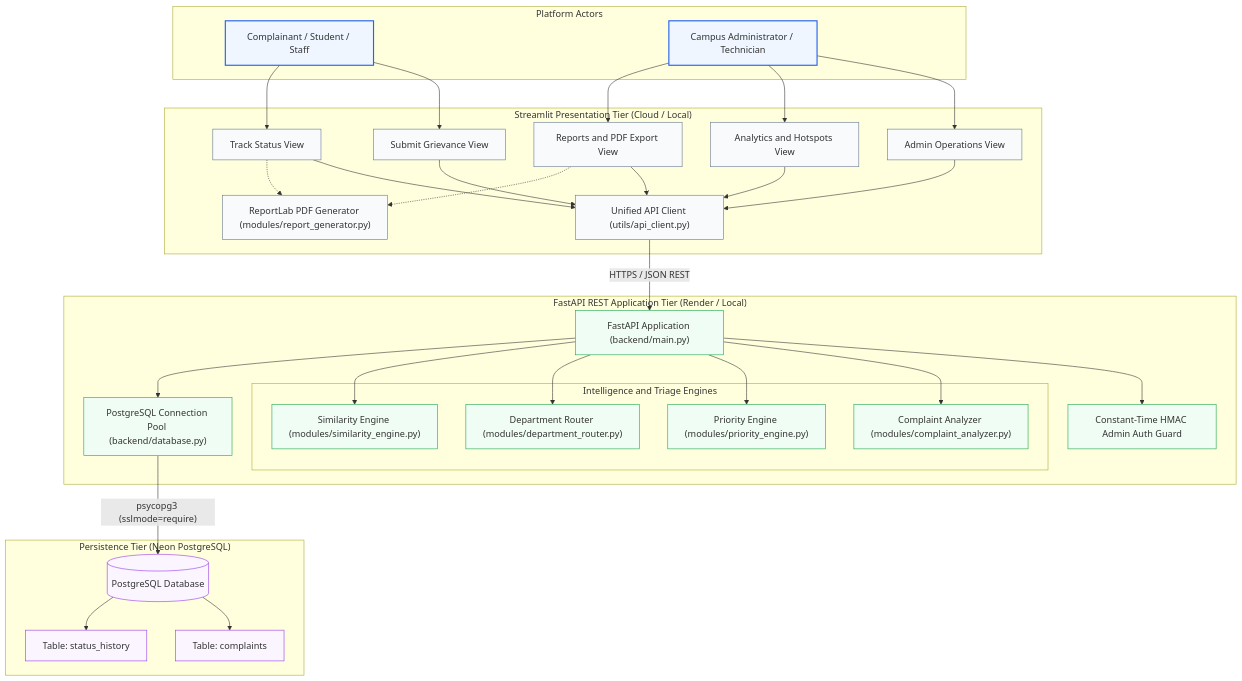
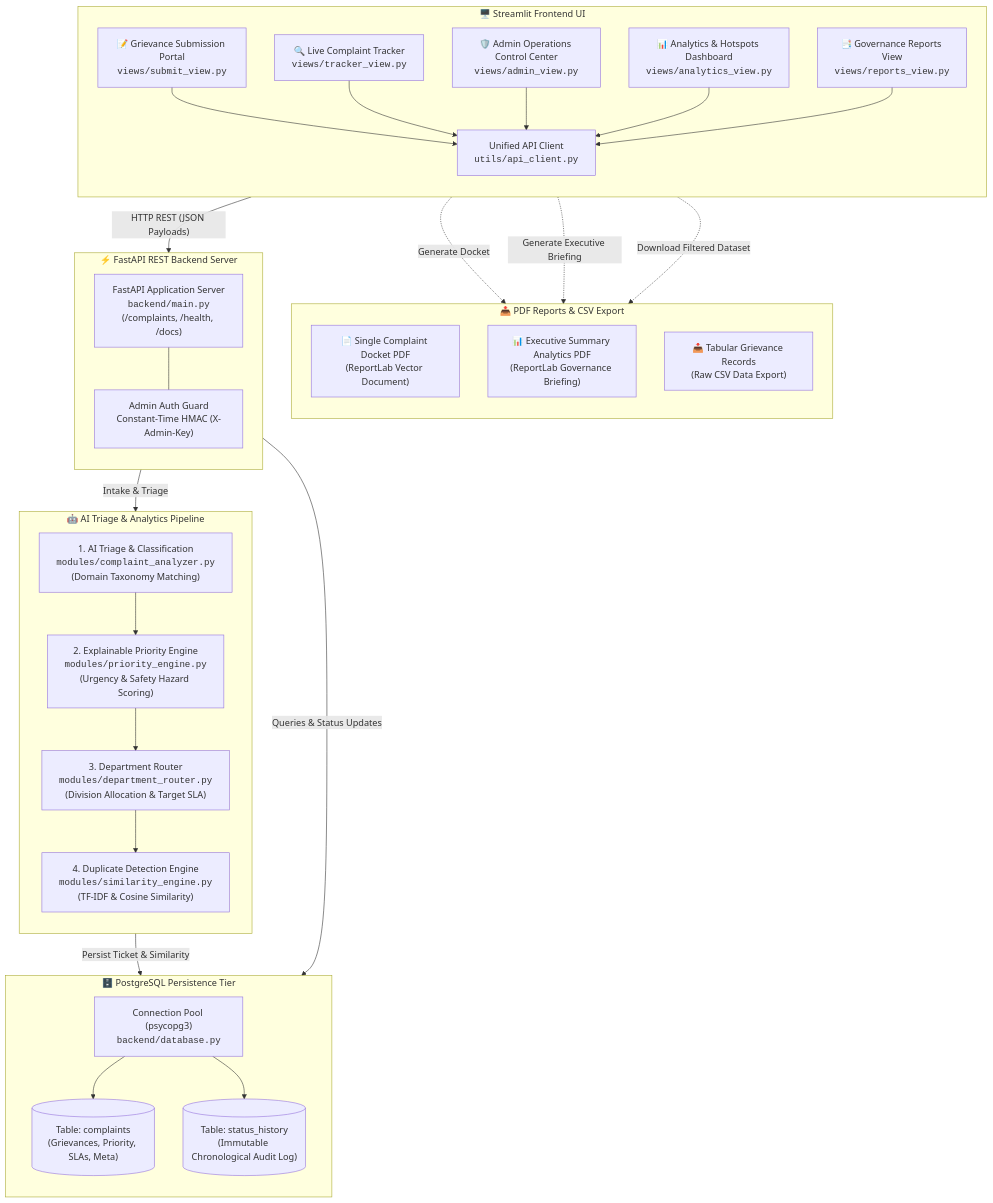
Before and after one commit to sandhiyabalasubramani/CivicPulse-AI: the first of 2 diagrams in README.md, drawn with Mermaid. The commit also changed other lines of this file and 5 other files, not shown here.

````diff
--- a/README.md
+++ b/README.md
@@ -112,74 +112,64 @@
 ```mermaid
 flowchart TD
-    subgraph Users["Platform Actors"]
-        Student["Complainant / Student / Staff"]
-        Admin["Campus Administrator / Technician"]
+    subgraph UI["🖥️ Streamlit Frontend UI"]
+        direction TB
+        V_Submit["📝 Grievance Submission Portal<br/><code>views/submit_view.py</code>"]
+        V_Track["🔍 Live Complaint Tracker<br/><code>views/tracker_view.py</code>"]
+        V_Admin["🛡️ Admin Operations Control Center<br/><code>views/admin_view.py</code>"]
+        V_Analytics["📊 Analytics & Hotspots Dashboard<br/><code>views/analytics_view.py</code>"]
+        V_Reports["📑 Governance Reports View<br/><code>views/reports_view.py</code>"]
+        API_Client["Unified API Client<br/><code>utils/api_client.py</code>"]
+
+        V_Submit --> API_Client
+        V_Track --> API_Client
+        V_Admin --> API_Client
+        V_Analytics --> API_Client
+        V_Reports --> API_Client
     end
 
-    subgraph Frontend["Streamlit Presentation Tier (Cloud / Local)"]
-        UI_Submit["Submit Grievance View"]
-        UI_Track["Track Status View"]
-        UI_Admin["Admin Operations View"]
-        UI_Analytics["Analytics and Hotspots View"]
-        UI_Reports["Reports and PDF Export View"]
-        API_Client["Unified API Client (utils/api_client.py)"]
-        PDF_Local["ReportLab PDF Generator (modules/report_generator.py)"]
+    subgraph Exports["📤 PDF Reports & CSV Export"]
+        direction TB
+        PDF_Docket["📄 Single Complaint Docket PDF<br/>(ReportLab Vector Document)"]
+        PDF_Summary["📊 Executive Summary Analytics PDF<br/>(ReportLab Governance Briefing)"]
+        CSV_Export["📥 Tabular Grievance Records<br/>(Raw CSV Data Export)"]
     end
 
-    subgraph Backend["FastAPI REST Application Tier (Render / Local)"]
-        API_Router["FastAPI Application (backend/main.py)"]
-        Auth["Constant-Time HMAC Admin Auth Guard"]
-        
-        subgraph NLP_Engines["Intelligence and Triage Engines"]
-            Analyzer["Complaint Analyzer (modules/complaint_analyzer.py)"]
-            Priority["Priority Engine (modules/priority_engine.py)"]
-            Router["Department Router (modules/department_router.py)"]
-            Similarity["Similarity Engine (modules/similarity_engine.py)"]
-        end
-
-        DB_Pool["PostgreSQL Connection Pool (backend/database.py)"]
+    subgraph API["⚡ FastAPI REST Backend Server"]
+        direction TB
+        FastAPI_App["FastAPI Application Server<br/><code>backend/main.py</code><br/>(/complaints, /health, /docs)"]
+        Admin_Auth["Admin Auth Guard<br/>Constant-Time HMAC (X-Admin-Key)"]
+        FastAPI_App --- Admin_Auth
     end
 
-    subgraph Database["Persistence Tier (Neon PostgreSQL)"]
-        PG_DB[("PostgreSQL Database")]
-        T_Comp["Table: complaints"]
-        T_Hist["Table: status_history"]
-        PG_DB --> T_Comp
-        PG_DB --> T_Hist
+    subgraph AI["🤖 AI Triage & Analytics Pipeline"]
+        direction TB
+        AI_Triage["1. AI Triage & Classification<br/><code>modules/complaint_analyzer.py</code><br/>(Domain Taxonomy Matching)"]
+        Priority_Eng["2. Explainable Priority Engine<br/><code>modules/priority_engine.py</code><br/>(Urgency & Safety Hazard Scoring)"]
+        Dept_Router["3. Department Router<br/><code>modules/department_router.py</code><br/>(Division Allocation & Target SLA)"]
+        Duplicate_Detect["4. Duplicate Detection Engine<br/><code>modules/similarity_engine.py</code><br/>(TF-IDF & Cosine Similarity)"]
+
+        AI_Triage --> Priority_Eng
+        Priority_Eng --> Dept_Router
+        Dept_Router --> Duplicate_Detect
     end
 
-    Student --> UI_Submit
-    Student --> UI_Track
-    Admin --> UI_Admin
-    Admin --> UI_Analytics
-    Admin --> UI_Reports
+    subgraph DB["🗄️ PostgreSQL Persistence Tier"]
+        direction TB
+        DB_Pool["Connection Pool (psycopg3)<br/><code>backend/database.py</code>"]
+        T_Complaints[("Table: complaints<br/>(Grievances, Priority, SLAs, Meta)")]
+        T_History[("Table: status_history<br/>(Immutable Chronological Audit Log)")]
+        DB_Pool --> T_Complaints
+        DB_Pool --> T_History
+    end
 
-    UI_Submit --> API_Client
-    UI_Track --> API_Client
-    UI_Admin --> API_Client
-    UI_Analytics --> API_Client
-    UI_Reports --> API_Client
+    %% Main End-to-End Pipeline
+    API_Client -- "HTTP REST (JSON Payloads)" --> FastAPI_App
+    FastAPI_App -- "Intake & Triage" --> AI_Triage
+    Duplicate_Detect -- "Persist Ticket & Similarity" --> DB_Pool
+    FastAPI_App -- "Queries & Status Updates" --> DB_Pool
 
-    UI_Track -.-> PDF_Local
-    UI_Reports -.-> PDF_Local
-
-    API_Client -- "HTTPS / JSON REST" --> API_Router
-    API_Router --> Auth
-    API_Router --> Analyzer
-    API_Router --> Priority
-    API_Router --> Router
-    API_Router --> Similarity
-    API_Router --> DB_Pool
-
-    DB_Pool -- "psycopg3 (sslmode=require)" --> PG_DB
-
-    classDef userNode fill:#EFF6FF,stroke:#2563EB,stroke-width:2px;
-    classDef feNode fill:#F8FAFC,stroke:#64748B,stroke-width:1px;
-    classDef beNode fill:#F0FDF4,stroke:#16A34A,stroke-width:1px;
-    classDef dbNode fill:#FAF5FF,stroke:#9333EA,stroke-width:1px;
-
-    class Student,Admin userNode;
-    class UI_Submit,UI_Track,UI_Admin,UI_Analytics,UI_Reports,API_Client,PDF_Local feNode;
-    class API_Router,Auth,Analyzer,Priority,Router,Similarity,DB_Pool beNode;
-    class PG_DB,T_Comp,T_Hist dbNode;
+    %% Export Generation
+    V_Track -. "Generate Docket" .-> PDF_Docket
+    V_Reports -. "Generate Executive Briefing" .-> PDF_Summary
+    V_Reports -. "Download Filtered Dataset" .-> CSV_Export
 ```
````
